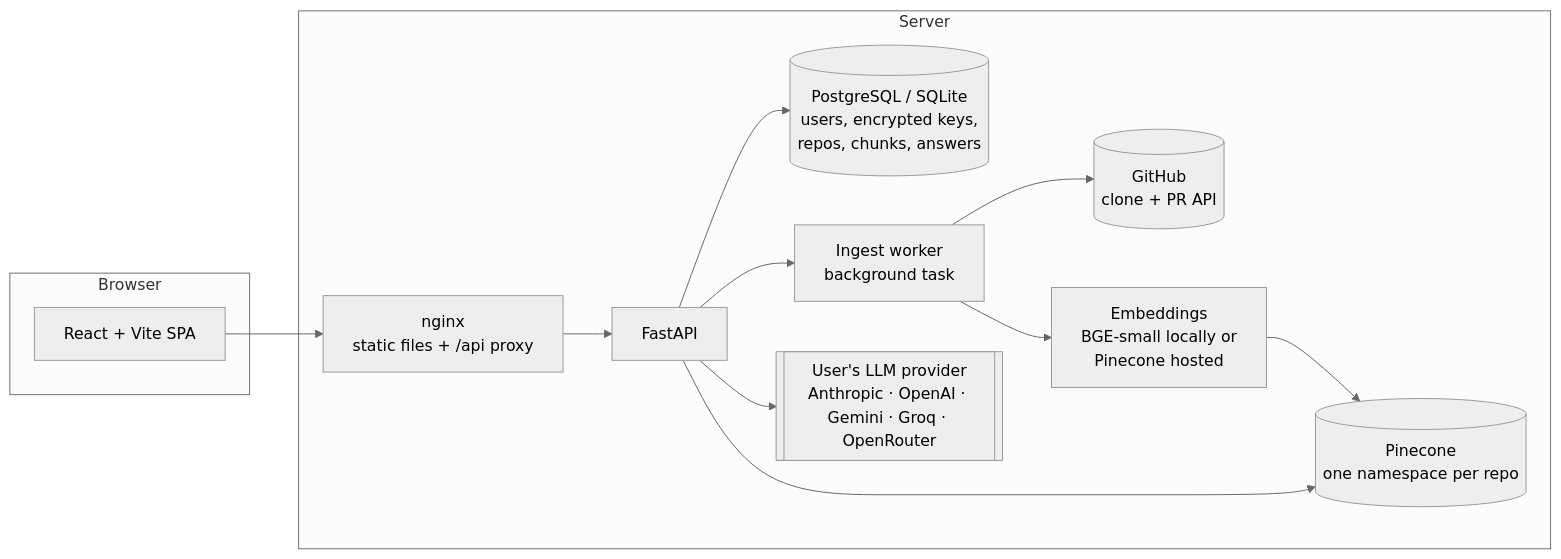
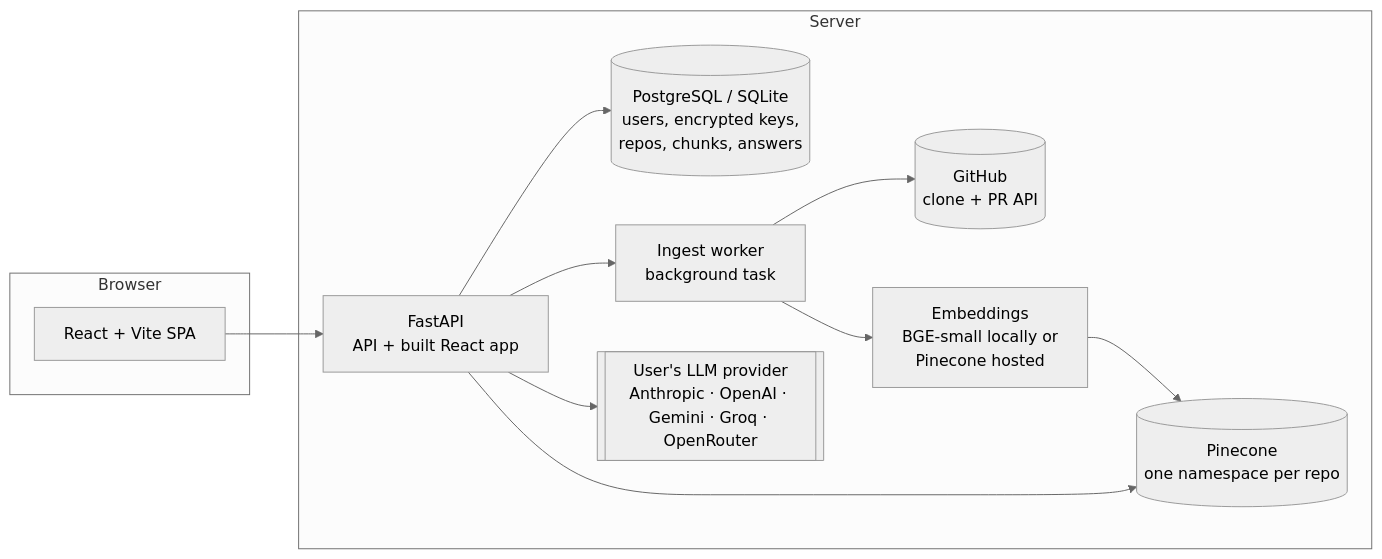
Before and after one commit to RishabhPR77/code-archaeology-rag: the diagram in README.md, drawn with Mermaid (neutral theme). The commit also changed other lines of this file and 16 other files, not shown here.

````diff
--- a/README.md
+++ b/README.md
@@ -78,17 +83,17 @@
 ```mermaid
 flowchart LR
     subgraph Browser
       UI[React + Vite SPA]
     end
     subgraph Server
-      NG[nginx<br/>static files + /api proxy] --> API[FastAPI]
+      API[FastAPI<br/>API + built React app]
       API --> DB[(PostgreSQL / SQLite<br/>users, encrypted keys,<br/>repos, chunks, answers)]
       API --> JOB[Ingest worker<br/>background task]
       JOB --> GH[(GitHub<br/>clone + PR API)]
       JOB --> EMB[Embeddings<br/>BGE-small locally or<br/>Pinecone hosted]
       EMB --> VEC[(Pinecone<br/>one namespace per repo)]
       API --> VEC
       API --> LLM[[User's LLM provider<br/>Anthropic · OpenAI · Gemini · Groq · OpenRouter]]
     end
-    UI --> NG
+    UI --> API
 ```
````
